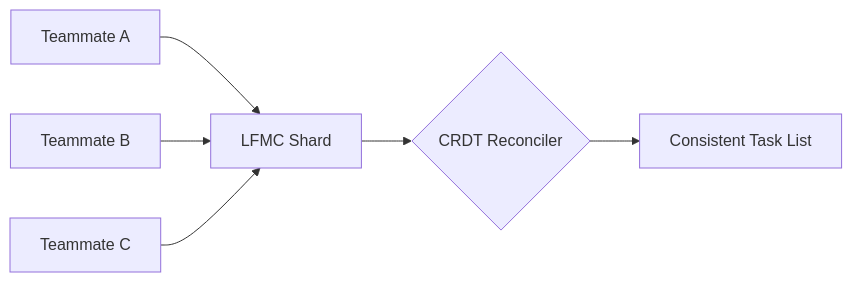
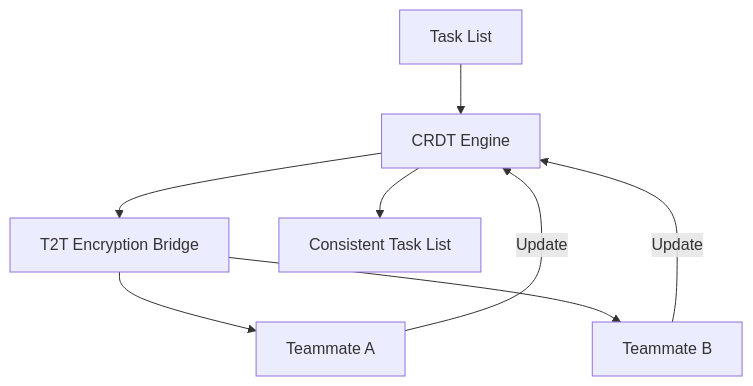
The diagram in docs/features/design-lock-free-mesh-coordination.md (mcpany/core), drawn with Mermaid before and after one commit. The commit also changed other lines of this file and 14 other files, not shown here.

````diff
--- a/docs/features/design-lock-free-mesh-coordination.md
+++ b/docs/features/design-lock-free-mesh-coordination.md
@@ -55,8 +51,10 @@
 ```mermaid
-    graph LR
-        A[Teammate A] --> B[LFMC Shard]
-        C[Teammate B] --> B
-        D[Teammate C] --> B
-        B --> E{CRDT Reconciler}
-        E --> F[Consistent Task List]
+graph TD
+    A[Task List] --> B[CRDT Engine]
+    B --> C[T2T Encryption Bridge]
+    C --> D[Teammate A]
+    C --> E[Teammate B]
+    D -- Update --> B
+    E -- Update --> B
+    B --> F[Consistent Task List]
 ```
````
